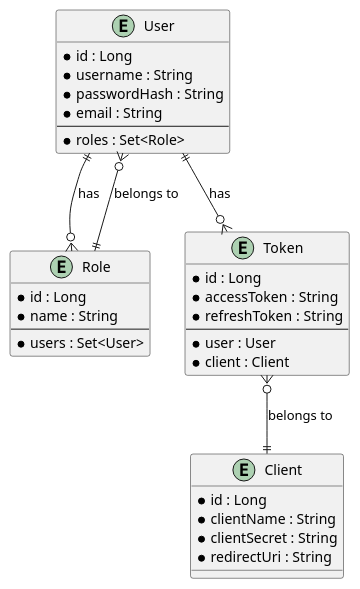
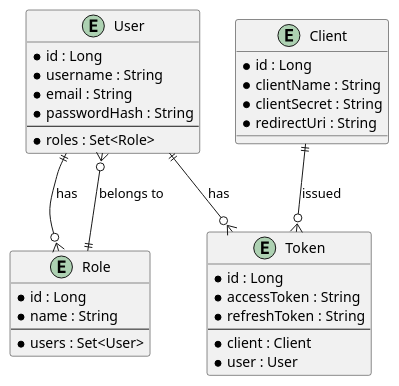
Before and after one commit to Dinesh-s95/AutoDoc.ai: the fourth of 4 diagrams in identityprovider/documentation/detaileddesign.adoc, drawn with PlantUML. The commit also changed other lines of this file and 8 other files, not shown here.

```diff
--- a/identityprovider/documentation/detaileddesign.adoc
+++ b/identityprovider/documentation/detaileddesign.adoc
@@ -447,41 +231,41 @@
-[plantuml, entity-relationship-diagram, png]
+[plantuml, er-diagram, png]
 ----
 @startuml
-entity "User" {
+entity "User" as User {
   *id : Long
   *username : String
+  *email : String
   *passwordHash : String
-  *email : String
   --
   *roles : Set<Role>
 }
 
-entity "Role" {
+entity "Role" as Role {
   *id : Long
   *name : String
   --
   *users : Set<User>
 }
 
-entity "Client" {
+entity "Client" as Client {
   *id : Long
   *clientName : String
   *clientSecret : String
   *redirectUri : String
 }
 
-entity "Token" {
+entity "Token" as Token {
   *id : Long
   *accessToken : String
   *refreshToken : String
   --
+  *client : Client
   *user : User
-  *client : Client
 }
 
-User ||--o{ Role : "has"
-Role ||--o{ User : "belongs to"
-User ||--o{ Token : "has"
-Token }o--|| Client : "belongs to"
+User ||--o{ Role : has
+Role ||--o{ User : belongs to
+User ||--o{ Token : has
+Client ||--o{ Token : issued
 @enduml
 ----
```
